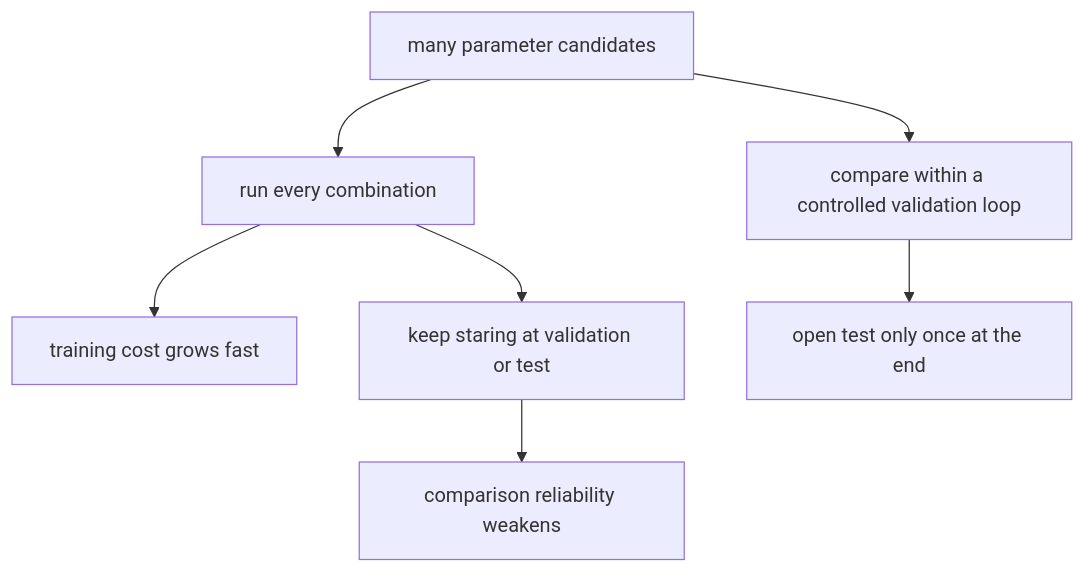
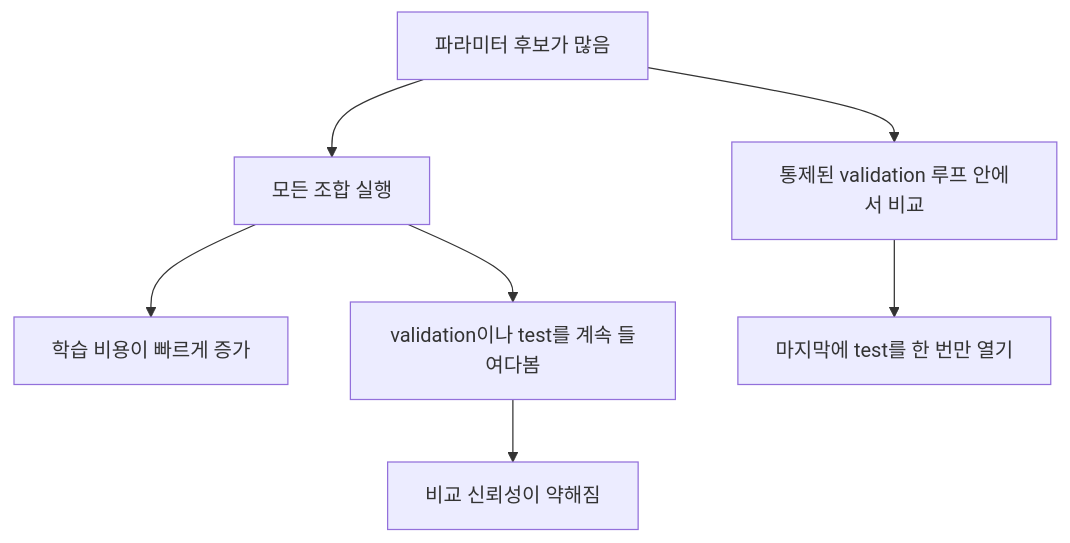
Before and after one commit to devchan64/AiBook: the fourth of 4 diagrams in docs/parts/part-04/chapter-09/section-02.md, drawn with Mermaid. The commit also changed other lines of this file and 138 other files, not shown here.

````diff
--- a/docs/parts/part-04/chapter-09/section-02.md
+++ b/docs/parts/part-04/chapter-09/section-02.md
@@ -310,14 +310,14 @@
 ```mermaid
 flowchart TD
-  A["many parameter candidates"]
-  B["run every combination"]
-  C["training cost grows fast"]
-  D["keep staring at validation or test"]
-  E["comparison reliability weakens"]
-  F["compare within a controlled validation loop"]
-  G["open test only once at the end"]
+  A["파라미터 후보가 많음"]
+  B["모든 조합 실행"]
+  C["학습 비용이 빠르게 증가"]
+  D["validation이나 test를 계속 들여다봄"]
+  E["비교 신뢰성이 약해짐"]
+  F["통제된 validation 루프 안에서 비교"]
+  G["마지막에 test를 한 번만 열기"]
 
   A --> B --> C
   B --> D --> E
   A --> F --> G
 ```
````
